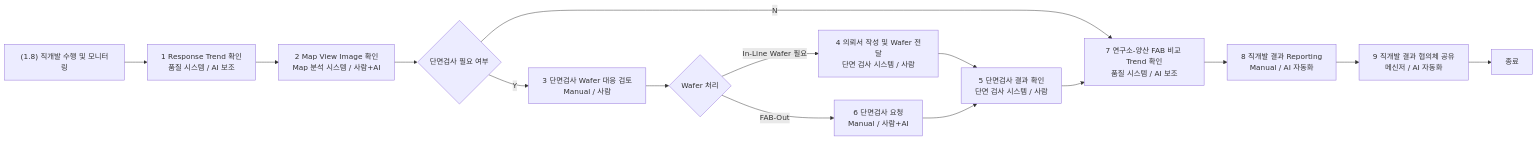
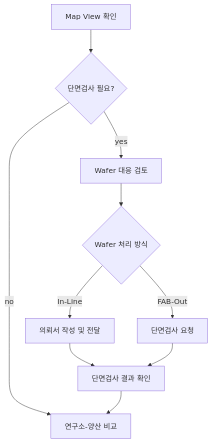
One commit to chokukil/boi-wiki-local changed the third of 3 diagrams in data/boi/private/0000000/diagrams/direct-development-reporting-mermaid.md. Above: the diagram before and after it, drawn with Mermaid. The commit also changed other lines of this file and 5 other files, not shown here.

Commit message:
Strengthen local SOP diagram harness

````diff
--- a/data/boi/private/0000000/diagrams/direct-development-reporting-mermaid.md
+++ b/data/boi/private/0000000/diagrams/direct-development-reporting-mermaid.md
@@ -25,17 +90,12 @@
 ```mermaid
-flowchart LR
-  S["(1.8) 직개발 수행 및 모니터링"] --> A["1 Response Trend 확인<br/>품질 시스템 / AI 보조"]
-  A --> B["2 Map View Image 확인<br/>Map 분석 시스템 / 사람+AI"]
-  B --> D{"단면검사 필요 여부"}
-  D -- "Y" --> C["3 단면검사 Wafer 대응 검토<br/>Manual / 사람"]
-  C --> E{"Wafer 처리"}
-  E -- "In-Line Wafer 필요" --> F["4 의뢰서 작성 및 Wafer 전달<br/>단면 검사 시스템 / 사람"]
-  E -- "FAB-Out" --> G["6 단면검사 요청<br/>Manual / 사람+AI"]
-  F --> H["5 단면검사 결과 확인<br/>단면 검사 시스템 / 사람"]
-  G --> H
-  D -- "N" --> I["7 연구소-양산 FAB 비교 Trend 확인<br/>품질 시스템 / AI 보조"]
-  H --> I
-  I --> J["8 직개발 결과 Reporting<br/>Manual / AI 자동화"]
-  J --> K["9 직개발 결과 협의체 공유<br/>메신저 / AI 자동화"]
-  K --> Z["종료"]
+flowchart TD
+  map["Map View 확인"] --> decision{"단면검사 필요?"}
+  decision -- "yes" --> wafer["Wafer 대응 검토"]
+  wafer --> route{"Wafer 처리 방식"}
+  route -- "In-Line" --> request_inline["의뢰서 작성 및 전달"]
+  route -- "FAB-Out" --> request_fabout["단면검사 요청"]
+  request_inline --> result["단면검사 결과 확인"]
+  request_fabout --> result
+  decision -- "no" --> compare["연구소-양산 비교"]
+  result --> compare
 ```
````
